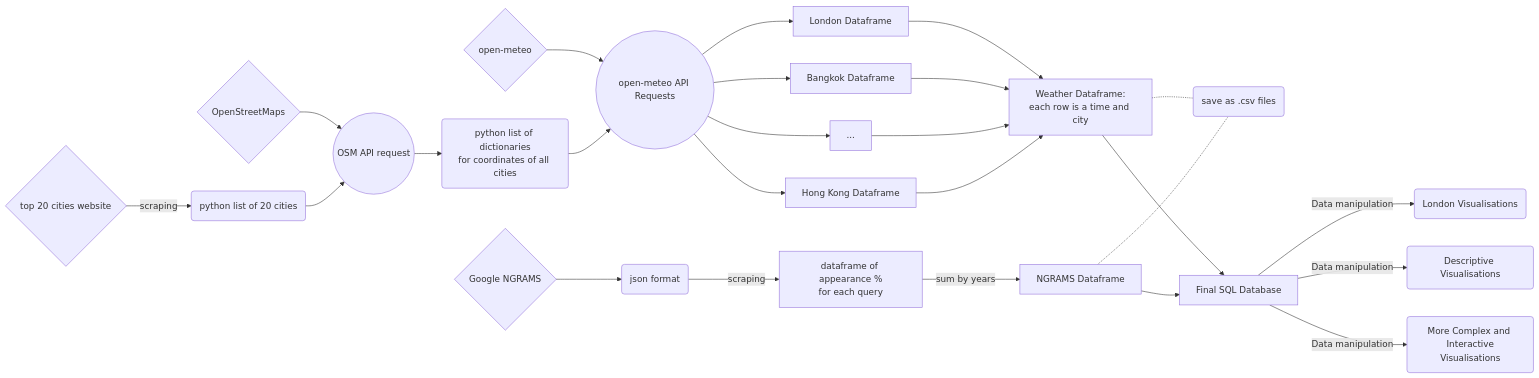
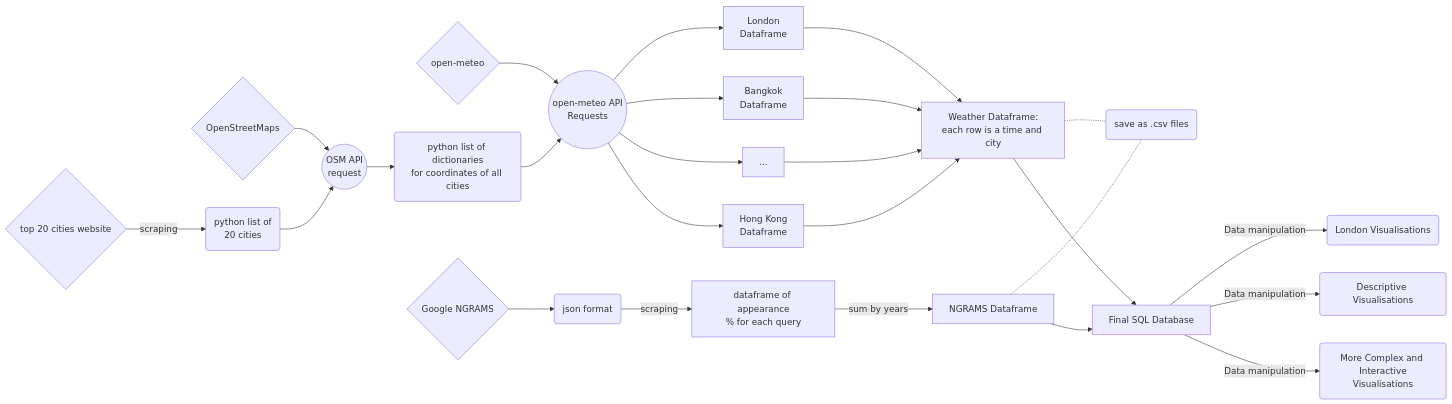
One commit to lse-ds105/ds105w-project-rubber-ducks changed the diagram in docs/progress_presentation.qmd. Above: the diagram before and after it, drawn with Mermaid.

````diff
--- a/docs/progress_presentation.qmd
+++ b/docs/progress_presentation.qmd
@@ -11,27 +11,27 @@
 ```{mermaid}
 flowchart LR
-    A{open-meteo} --> L((open-meteo API Requests))
-    L --> B[London Dataframe]
-    L --> C[Bangkok Dataframe]
+    A{open-meteo} --> L((open-meteo API<br>Requests))
+    L --> B[London<br>Dataframe]
+    L --> C[Bangkok<br>Dataframe]
     L --> D[ ... ]
-    L --> E[Hong Kong Dataframe]
-    G{top 20 cities website} -->|scraping| H(python list of 20 cities)
-    I{OpenStreetMaps} --> J((OSM API request))
+    L --> E[Hong Kong<br>Dataframe]
+    G{top 20 cities website} -->|scraping| H(python list of<br>20 cities)
+    I{OpenStreetMaps} --> J((OSM API<br>request))
     H --> J
     J --> K(python list of dictionaries<br>for coordinates of all cities)
     K --> L
     B --> M[Weather Dataframe:<br>each row is a time and city]
     C --> M
     D --> M
     E --> M
     M -.- F(save as .csv files)
     N{Google NGRAMS} --> S(json format)
-    S -->|scraping| T[dataframe of appearance %<br>for each query]
+    S -->|scraping| T[dataframe of appearance<br>% for each query]
     T --> |sum by years| U[NGRAMS Dataframe]
     U -.- F
     M --> V[Final SQL Database]
     U --> V
     V -->|Data manipulation| O(London Visualisations)
     V -->|Data manipulation| Q(Descriptive Visualisations)
     V -->|Data manipulation| R(More Complex and Interactive<br>Visualisations)
 ```
````
